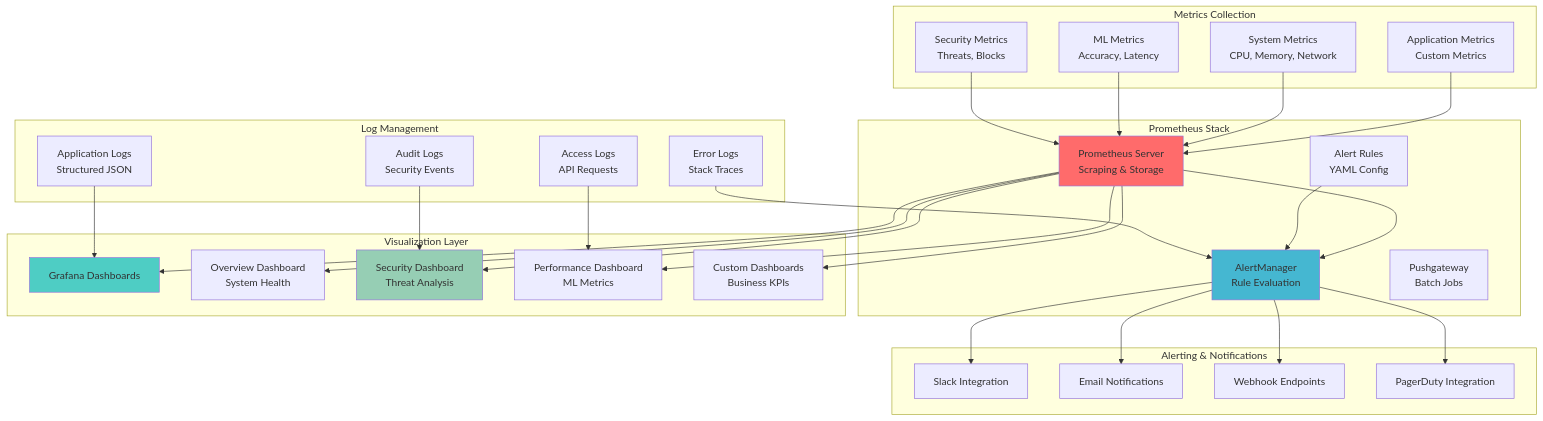
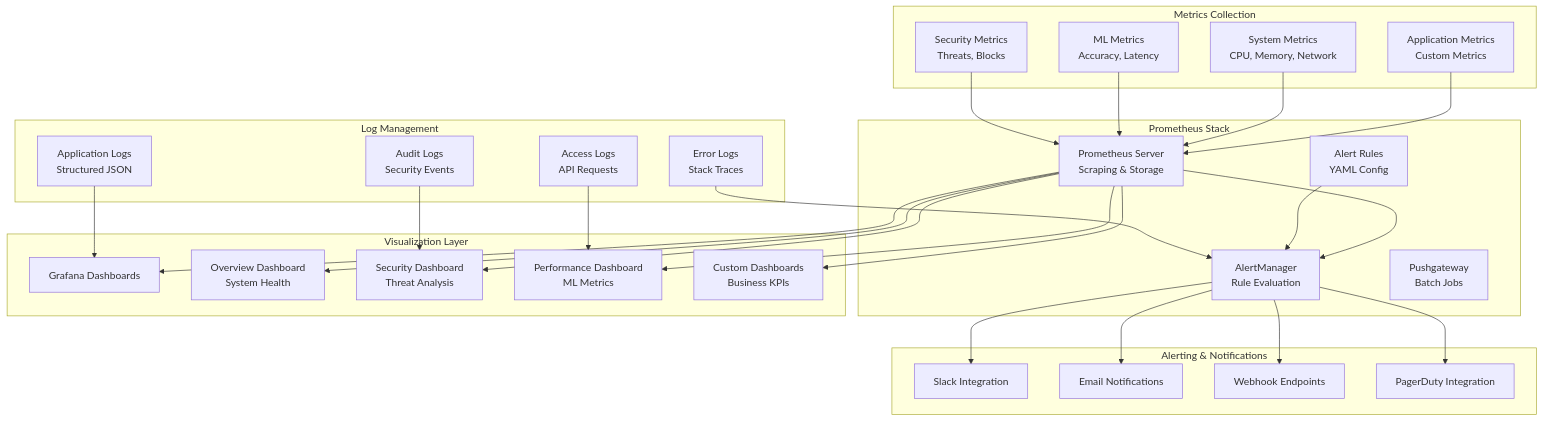
One commit to sameer693/sentinelai changed the sixth of 9 diagrams in docs/diagrams.md. Above: the diagram before and after it, drawn with Mermaid. The commit also changed other lines of this file, not shown here.

````diff
--- a/docs/diagrams.md
+++ b/docs/diagrams.md
@@ -407,72 +383,67 @@
 ```mermaid
 graph TB
     subgraph "Metrics Collection"
         APP[Application Metrics<br/>Custom Metrics]
         SYS[System Metrics<br/>CPU, Memory, Network]
         ML_M[ML Metrics<br/>Accuracy, Latency]
         SEC[Security Metrics<br/>Threats, Blocks]
     end
     
     subgraph "Prometheus Stack"
         PROM[Prometheus Server<br/>Scraping & Storage]
         ALERT[AlertManager<br/>Rule Evaluation]
         PUSH[Pushgateway<br/>Batch Jobs]
         RULES[Alert Rules<br/>YAML Config]
     end
     
     subgraph "Visualization Layer"
         GRAF[Grafana Dashboards]
         OVER[Overview Dashboard<br/>System Health]
         SEC_D[Security Dashboard<br/>Threat Analysis]
         PERF[Performance Dashboard<br/>ML Metrics]
         CUSTOM[Custom Dashboards<br/>Business KPIs]
     end
     
     subgraph "Alerting & Notifications"
         SLACK[Slack Integration]
         EMAIL[Email Notifications]
         WEBHOOK[Webhook Endpoints]
         PAGER[PagerDuty Integration]
     end
     
     subgraph "Log Management"
         LOGS[Application Logs<br/>Structured JSON]
         AUDIT[Audit Logs<br/>Security Events]
         ACCESS[Access Logs<br/>API Requests]
         ERROR[Error Logs<br/>Stack Traces]
     end
     
     %% Metrics Flow
     APP --> PROM
     SYS --> PROM
     ML_M --> PROM
     SEC --> PROM
     
     %% Prometheus Processing
     PROM --> ALERT
     PROM --> GRAF
     RULES --> ALERT
     
     %% Dashboard Creation
     PROM --> OVER
     PROM --> SEC_D
     PROM --> PERF
     PROM --> CUSTOM
     
     %% Alerting Flow
     ALERT --> SLACK
     ALERT --> EMAIL
     ALERT --> WEBHOOK
     ALERT --> PAGER
     
     %% Log Aggregation
     LOGS --> GRAF
     AUDIT --> SEC_D
     ACCESS --> PERF
     ERROR --> ALERT
-    
-    style PROM fill:#ff6b6b
-    style GRAF fill:#4ecdc4
-    style ALERT fill:#45b7d1
-    style SEC_D fill:#96ceb4
 ```
````
